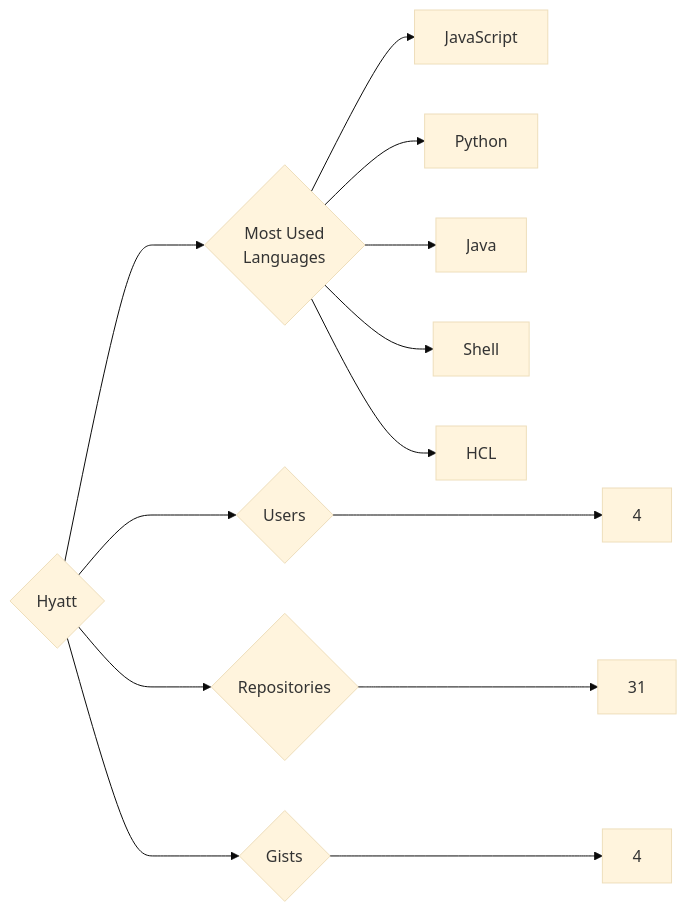
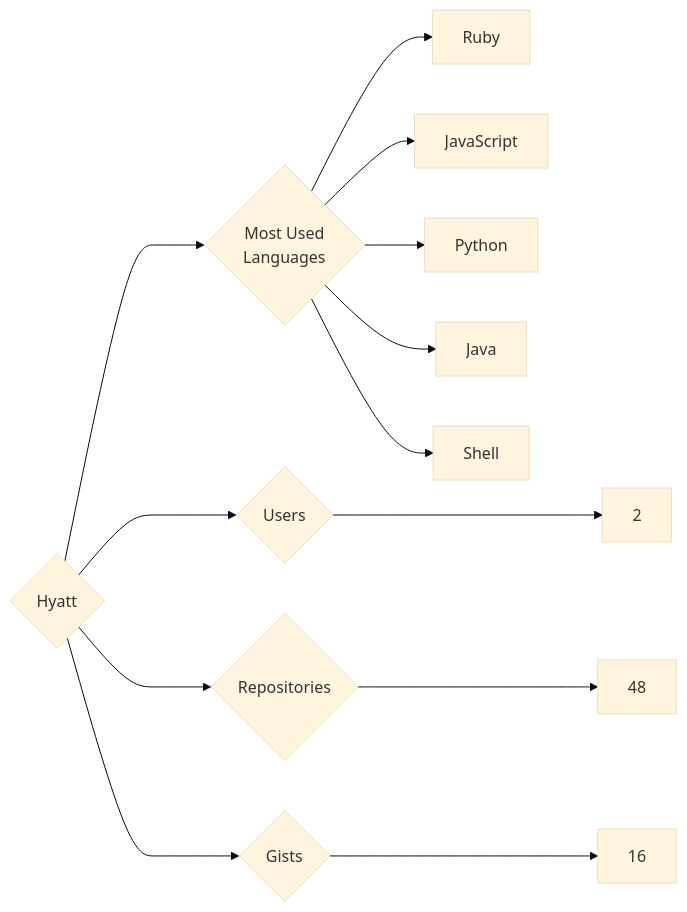
The diagram in targets/Hyatt/README.md (trickest/insiders), drawn with Mermaid (base theme) before and after one commit. The commit also changed 1170 other files, not shown here.

````diff
--- a/targets/Hyatt/README.md
+++ b/targets/Hyatt/README.md
@@ -3,13 +3,13 @@
 ```mermaid
 graph LR
 COMPANY_NAME{Hyatt}
-COMPANY_NAME ---> U{Users} ---> UN[4]
-COMPANY_NAME ---> R{Repositories} ---> RN[31]
-COMPANY_NAME ---> G{Gists} ---> GN[4]
+COMPANY_NAME ---> U{Users} ---> UN[2]
+COMPANY_NAME ---> R{Repositories} ---> RN[48]
+COMPANY_NAME ---> G{Gists} ---> GN[16]
 COMPANY_NAME ---> ML{Most Used<br>Languages}
+ML --> Ruby[Ruby]
 ML --> JavaScript[JavaScript]
 ML --> Python[Python]
 ML --> Java[Java]
 ML --> Shell[Shell]
-ML --> HCL[HCL]
 ```
````
